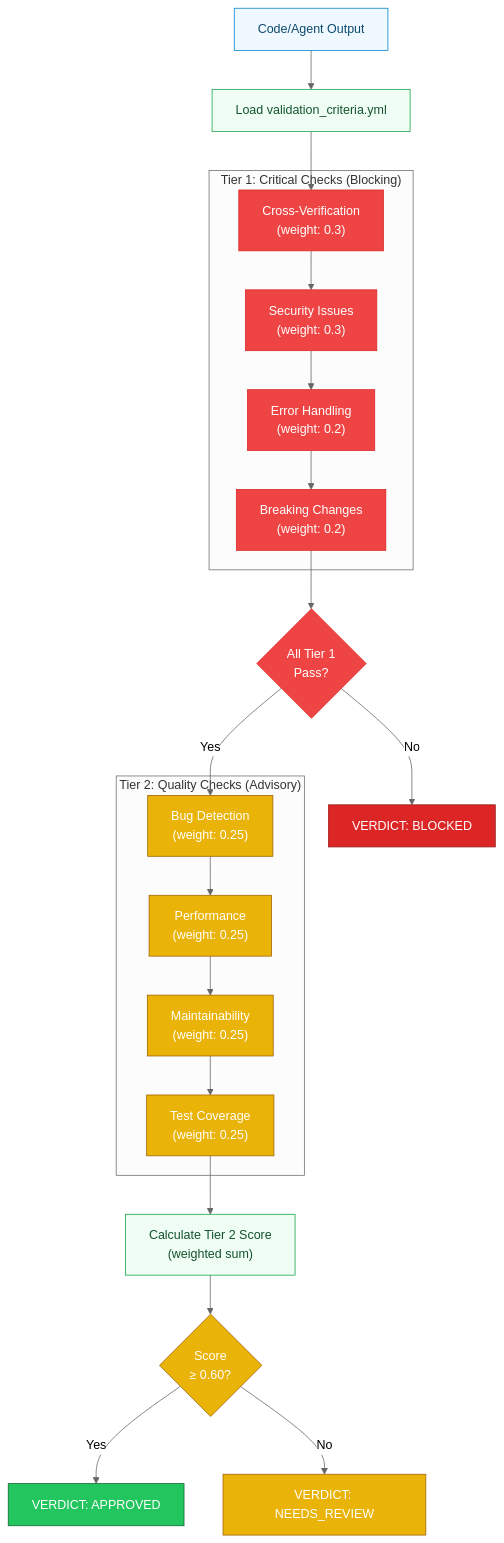
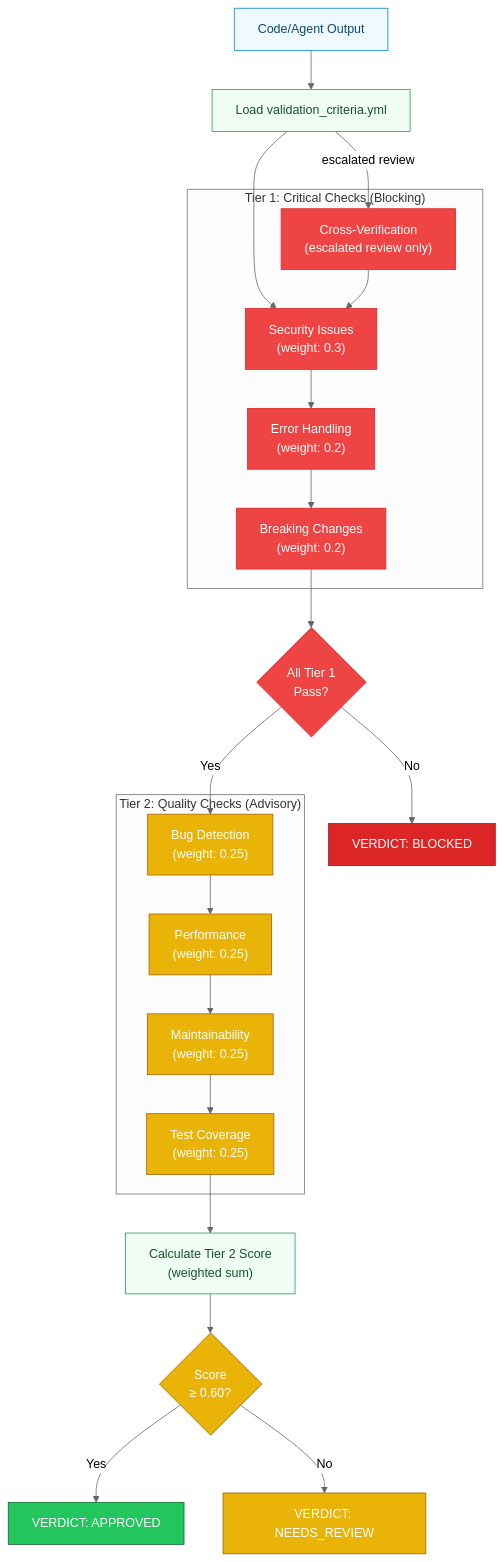
The second of 3 diagrams in docs/diagrams/validation.md (RB-chrismandich/Manifest), drawn with Mermaid before and after one commit. The commit also changed other lines of this file and 73 other files, not shown here.

````diff
--- a/docs/diagrams/validation.md
+++ b/docs/diagrams/validation.md
@@ -73,56 +76,57 @@
 ```mermaid
 %%{init: {'theme':'neutral'}}%%
 flowchart TD
     classDef input fill:#f0f9ff,stroke:#0284c7,color:#0c4a6e
     classDef tier1 fill:#ef4444,stroke:#dc2626,color:#fff
     classDef tier2 fill:#eab308,stroke:#a16207,color:#fff
     classDef process fill:#f0fdf4,stroke:#16a34a,color:#14532d
     classDef success fill:#22c55e,stroke:#166534,color:#fff
     classDef blocked fill:#dc2626,stroke:#991b1b,color:#fff
 
     CODE["Code/Agent Output"]:::input
     LOAD_CRITERIA["Load validation_criteria.yml"]:::process
 
     subgraph "Tier 1: Critical Checks (Blocking)"
-        CROSS_VERIFY["Cross-Verification<br/>(weight: 0.3)"]:::tier1
+        CROSS_VERIFY["Cross-Verification<br/>(escalated review only)"]:::tier1
         SECURITY["Security Issues<br/>(weight: 0.3)"]:::tier1
         ERROR_HANDLE["Error Handling<br/>(weight: 0.2)"]:::tier1
         BREAKING["Breaking Changes<br/>(weight: 0.2)"]:::tier1
     end
 
     TIER1_CHECK{"All Tier 1<br/>Pass?"}:::tier1
     BLOCKED_VERDICT["VERDICT: BLOCKED"]:::blocked
 
     subgraph "Tier 2: Quality Checks (Advisory)"
         BUG_DETECT["Bug Detection<br/>(weight: 0.25)"]:::tier2
         PERFORMANCE["Performance<br/>(weight: 0.25)"]:::tier2
         MAINTAIN["Maintainability<br/>(weight: 0.25)"]:::tier2
         TEST_COV["Test Coverage<br/>(weight: 0.25)"]:::tier2
     end
 
     TIER2_SCORE["Calculate Tier 2 Score<br/>(weighted sum)"]:::process
 
     TIER2_CHECK{"Score<br/>≥ 0.60?"}:::tier2
 
     APPROVED["VERDICT: APPROVED"]:::success
     NEEDS_REVIEW["VERDICT: NEEDS_REVIEW"]:::tier2
 
     CODE --> LOAD_CRITERIA
-    LOAD_CRITERIA --> CROSS_VERIFY
+    LOAD_CRITERIA --> SECURITY
+    LOAD_CRITERIA -->|escalated review| CROSS_VERIFY
     CROSS_VERIFY --> SECURITY
     SECURITY --> ERROR_HANDLE
     ERROR_HANDLE --> BREAKING
     BREAKING --> TIER1_CHECK
 
     TIER1_CHECK -->|Yes| BUG_DETECT
     TIER1_CHECK -->|No| BLOCKED_VERDICT
 
     BUG_DETECT --> PERFORMANCE
     PERFORMANCE --> MAINTAIN
     MAINTAIN --> TEST_COV
     TEST_COV --> TIER2_SCORE
     TIER2_SCORE --> TIER2_CHECK
 
     TIER2_CHECK -->|Yes| APPROVED
     TIER2_CHECK -->|No| NEEDS_REVIEW
 ```
````
